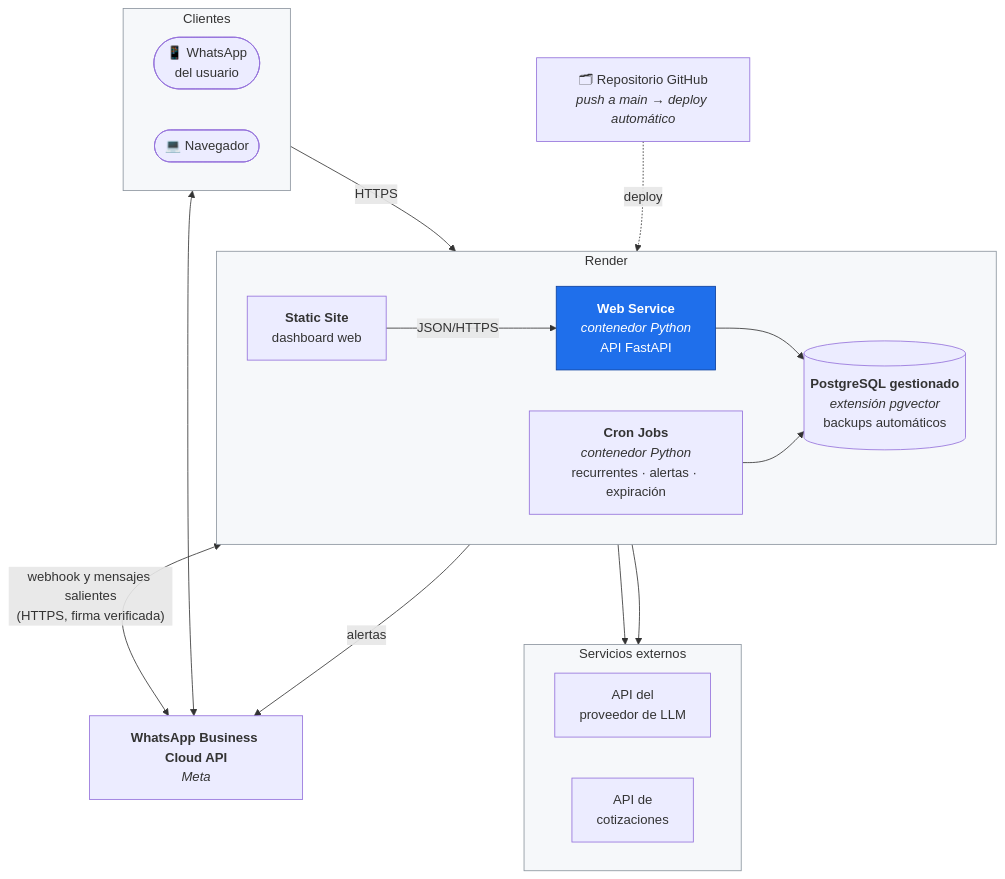
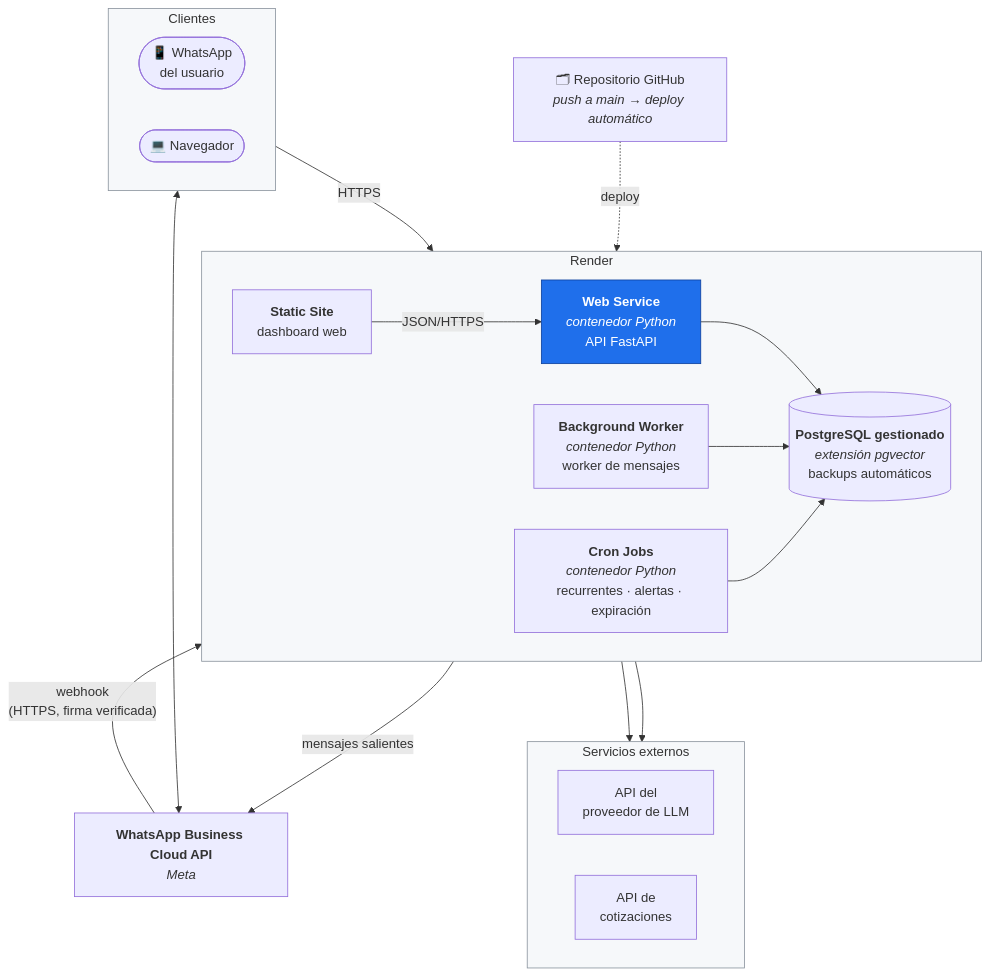
The fourth of 4 diagrams in docs/02-arquitectura.md (verozacarias-prog/AI4Devs-finalproject), drawn with Mermaid before and after one commit. The commit also changed other lines of this file and 7 other files, not shown here.

````diff
--- a/docs/02-arquitectura.md
+++ b/docs/02-arquitectura.md
@@ -191,41 +195,43 @@
 ```mermaid
 flowchart TB
     subgraph CLIENTES["Clientes"]
         direction LR
         PHONE(["📱 WhatsApp<br/>del usuario"])
         BROWSER(["💻 Navegador"])
     end
 
     DEV["🗂 Repositorio GitHub<br/><i>push a main → deploy automático</i>"]
     WACLOUD["<b>WhatsApp Business Cloud API</b><br/><i>Meta</i>"]
 
     subgraph RENDER["Render"]
         direction LR
         STATIC["<b>Static Site</b><br/>dashboard web"]
         WEBSVC["<b>Web Service</b><br/><i>contenedor Python</i><br/>API FastAPI"]
+        BGW["<b>Background Worker</b><br/><i>contenedor Python</i><br/>worker de mensajes"]
         CRON["<b>Cron Jobs</b><br/><i>contenedor Python</i><br/>recurrentes · alertas · expiración"]
         PG[("<b>PostgreSQL gestionado</b><br/><i>extensión pgvector</i><br/>backups automáticos")]
     end
 
     subgraph EXT["Servicios externos"]
         direction LR
         LLMAPI["API del<br/>proveedor de LLM"]
         FXAPI["API de<br/>cotizaciones"]
     end
 
     PHONE <--> WACLOUD
     BROWSER -->|"HTTPS"| STATIC
     DEV -.->|"deploy"| RENDER
-    WACLOUD <-->|"webhook y mensajes salientes<br/>(HTTPS, firma verificada)"| WEBSVC
+    WACLOUD -->|"webhook<br/>(HTTPS, firma verificada)"| WEBSVC
+    BGW -->|"mensajes salientes"| WACLOUD
     STATIC -->|"JSON/HTTPS"| WEBSVC
     WEBSVC --> PG
+    BGW --> PG
+    BGW --> LLMAPI
     CRON --> PG
-    CRON -->|"alertas"| WACLOUD
-    WEBSVC --> LLMAPI
     WEBSVC --> FXAPI
 
     style WEBSVC fill:#1f6feb,stroke:#0d419d,color:#fff
     style RENDER fill:#f6f8fa,stroke:#8b949e
     style EXT fill:#f6f8fa,stroke:#8b949e
     style CLIENTES fill:#f6f8fa,stroke:#8b949e
 ```
````
